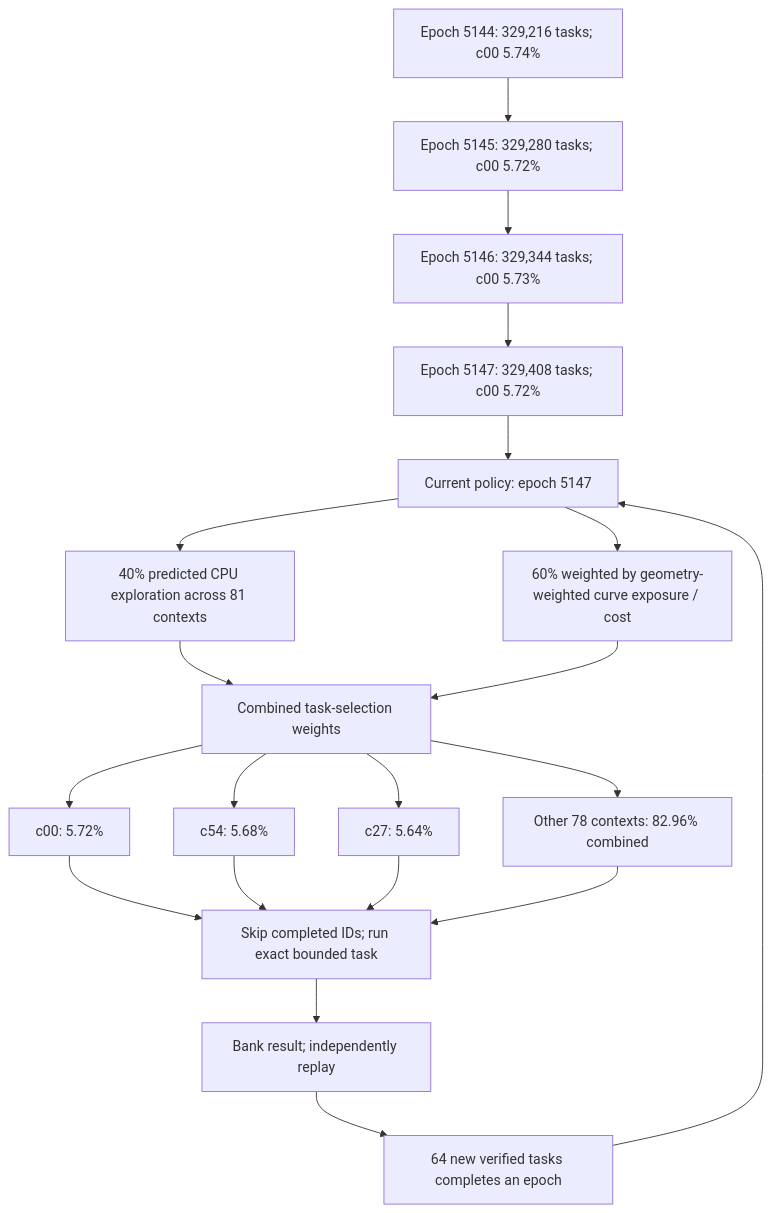
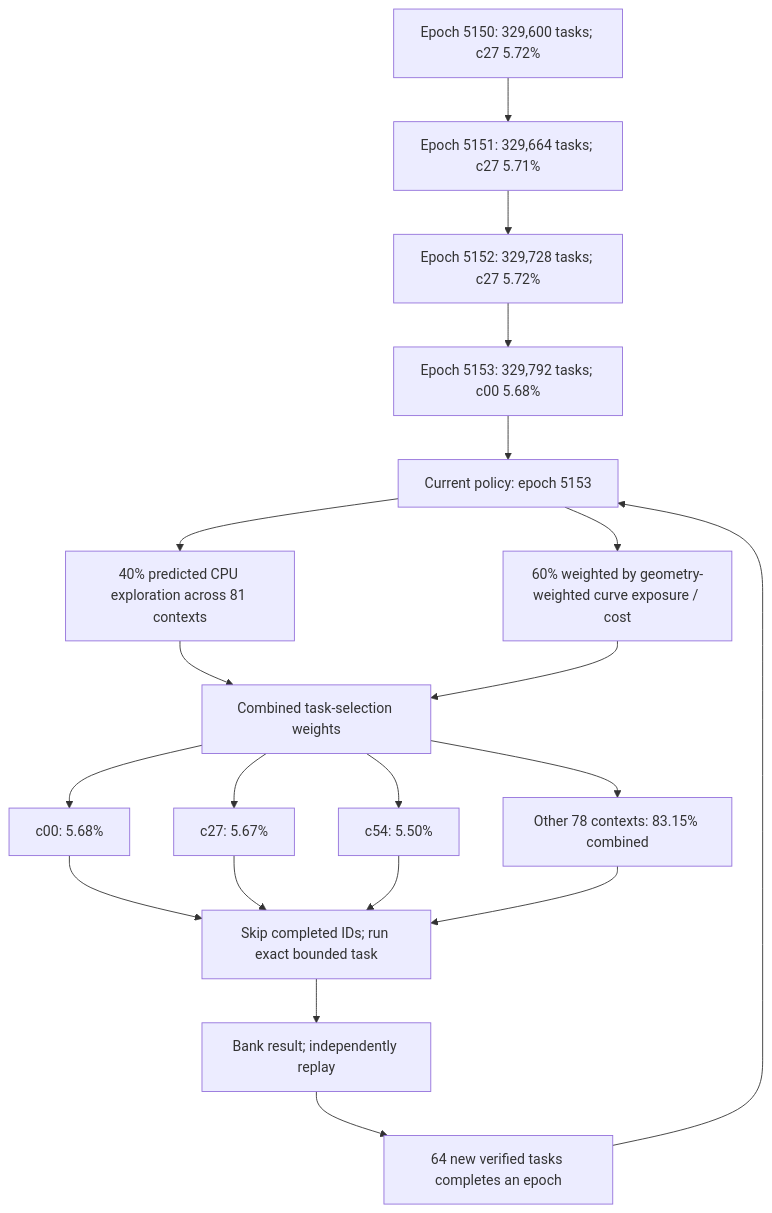
The first of 3 diagrams in README.md (Kuberwastaken/math-gambling), drawn with Mermaid before and after one commit. The commit also changed other lines of this file and 1419 other files, not shown here.

````diff
--- a/README.md
+++ b/README.md
@@ -60,27 +60,27 @@
 ```mermaid
 flowchart TD
-    H0["Epoch 5144: 329,216 tasks; c00 5.74%"]
-    H1["Epoch 5145: 329,280 tasks; c00 5.72%"]
+    H0["Epoch 5150: 329,600 tasks; c27 5.72%"]
+    H1["Epoch 5151: 329,664 tasks; c27 5.71%"]
     H0 --> H1
-    H2["Epoch 5146: 329,344 tasks; c00 5.73%"]
+    H2["Epoch 5152: 329,728 tasks; c27 5.72%"]
     H1 --> H2
-    H3["Epoch 5147: 329,408 tasks; c00 5.72%"]
+    H3["Epoch 5153: 329,792 tasks; c00 5.68%"]
     H2 --> H3
-    Policy["Current policy: epoch 5147"]
+    Policy["Current policy: epoch 5153"]
     H3 --> Policy
     Policy --> Explore["40% predicted CPU exploration across 81 contexts"]
     Policy --> Cost["60% weighted by geometry-weighted curve exposure / cost"]
     Explore --> Mix["Combined task-selection weights"]
     Cost --> Mix
-    Mix --> C0["c00: 5.72%"]
-    Mix --> C1["c54: 5.68%"]
-    Mix --> C2["c27: 5.64%"]
-    Mix --> Rest["Other 78 contexts: 82.96% combined"]
+    Mix --> C0["c00: 5.68%"]
+    Mix --> C1["c27: 5.67%"]
+    Mix --> C2["c54: 5.50%"]
+    Mix --> Rest["Other 78 contexts: 83.15% combined"]
     C0 --> Check["Skip completed IDs; run exact bounded task"]
     C1 --> Check
     C2 --> Check
     Rest --> Check
     Check --> Replay["Bank result; independently replay"]
     Replay --> Gate["64 new verified tasks completes an epoch"]
     Gate --> Policy
 ```
````
